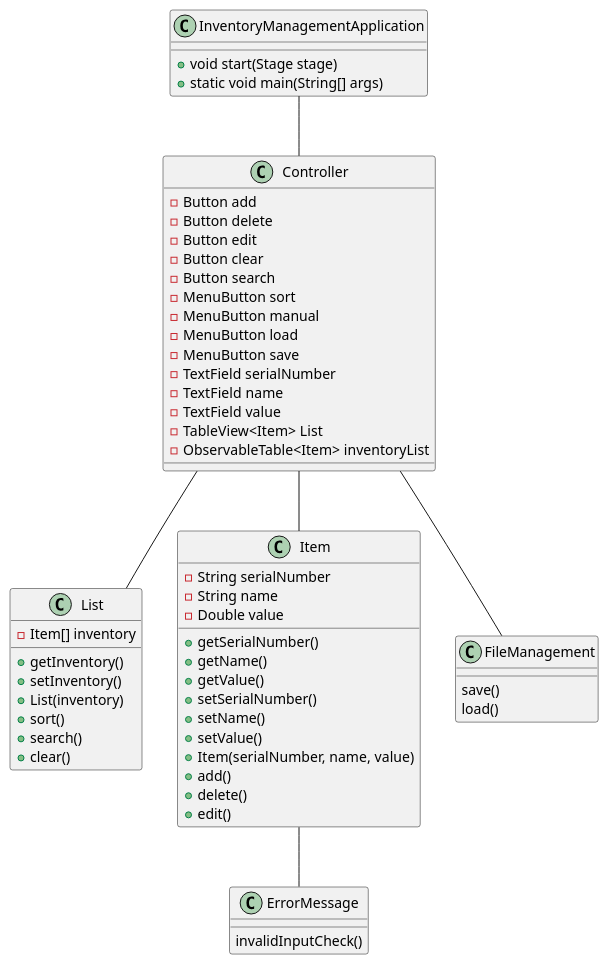
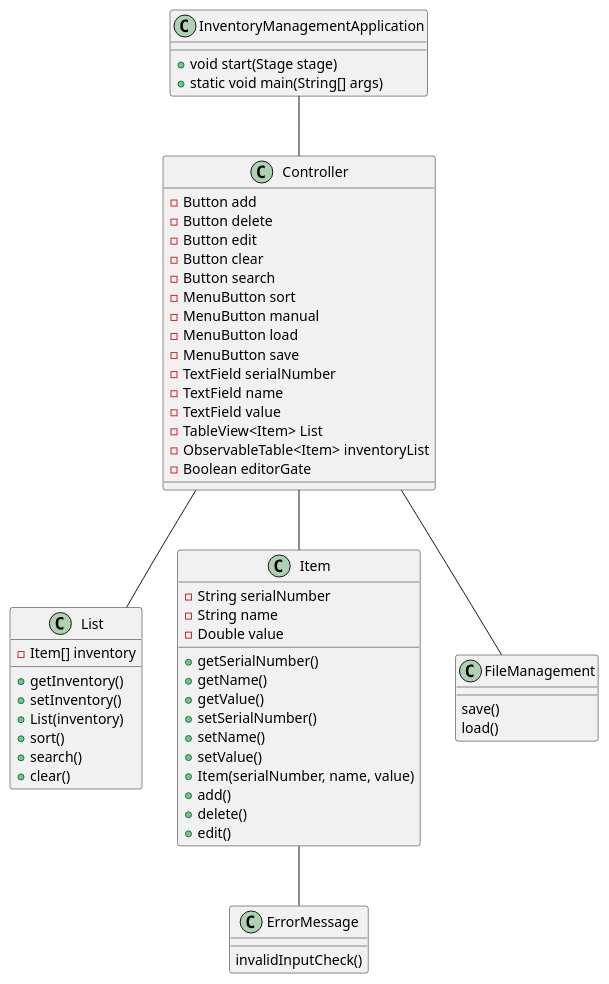
One commit to aidane1023/earnest-app2 changed the diagram in earnest-app2-code/docs/app2-classUML.puml. Above: the diagram before and after it, drawn with PlantUML. The commit also changed 2 other files, not shown here.

```diff
--- a/earnest-app2-code/docs/app2-classUML.puml
+++ b/earnest-app2-code/docs/app2-classUML.puml
@@ -1,74 +1,76 @@
 @startuml
 'https://plantuml.com/class-diagram
 
 class InventoryManagementApplication
 class Controller
 class List
 class Item
 class ErrorMessage
 class FileManagement
 
 InventoryManagementApplication -- Controller
 Controller -- List
 Controller -- Item
 Item -- ErrorMessage
 Controller -- FileManagement
 
 
 class InventoryManagementApplication {
     + void start(Stage stage)
     + static void main(String[] args)
 }
 
 class Controller {
     - Button add
     - Button delete
     - Button edit
     - Button clear
     - Button search
     - MenuButton sort
     - MenuButton manual
     - MenuButton load
     - MenuButton save
     - TextField serialNumber
     - TextField name
     - TextField value
     - TableView<Item> List
     - ObservableTable<Item> inventoryList
+    - Boolean editorGate
+
 }
 
 class FileManagement {
     save()
     load()
 }
 
 class ErrorMessage {
     invalidInputCheck()
 }
 
 class List {
     - Item[] inventory
     + getInventory()
     + setInventory()
     + List(inventory)
     + sort()
     + search()
     + clear()
 }
 
 class Item {
     - String serialNumber
     - String name
     - Double value
     + getSerialNumber()
     + getName()
     + getValue()
     + setSerialNumber()
     + setName()
     + setValue()
     + Item(serialNumber, name, value)
     + add()
     + delete()
     + edit()
 }
 @enduml
```
